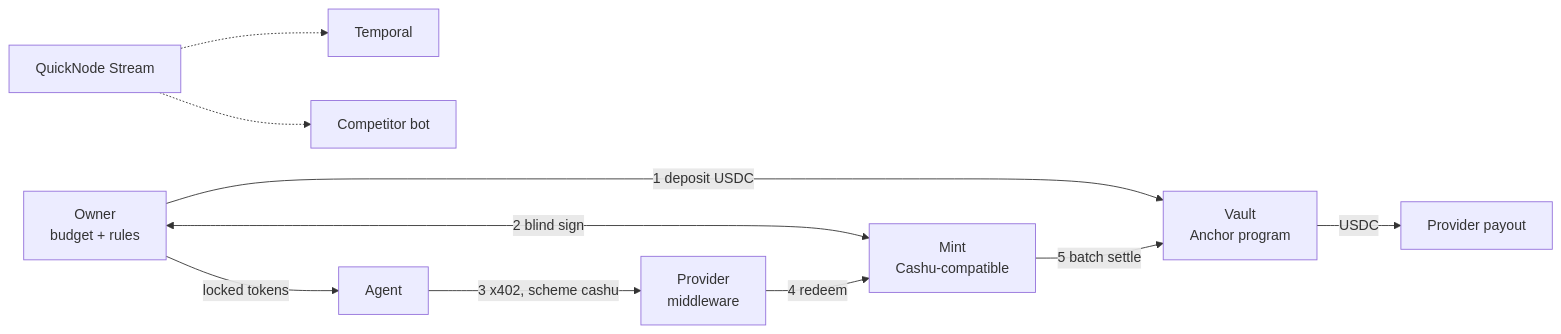
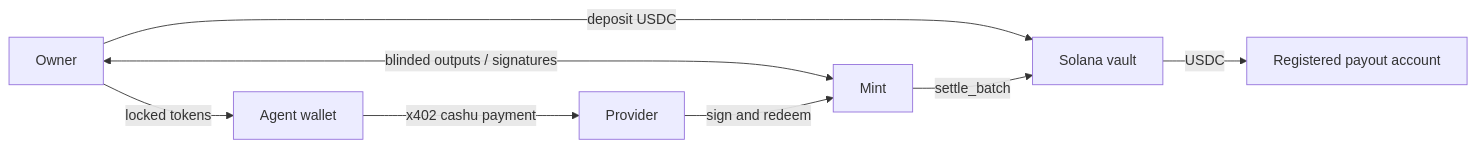
One commit to brockbenton/blindfold changed the diagram in docs/design.md. Above: the diagram before and after it, drawn with Mermaid. The commit also changed other lines of this file and 23 other files, not shown here.

````diff
--- a/docs/design.md
+++ b/docs/design.md
@@ -7,12 +7,10 @@
 ```mermaid
 flowchart LR
-    Owner["Owner<br/>budget + rules"] -->|1 deposit USDC| Vault["Vault<br/>Anchor program"]
-    Owner <-->|2 blind sign| Mint["Mint<br/>Cashu-compatible"]
-    Owner -->|locked tokens| Agent["Agent"]
-    Agent -->|3 x402, scheme cashu| Provider["Provider<br/>middleware"]
-    Provider -->|4 redeem| Mint
-    Mint -->|5 batch settle| Vault
-    Vault -->|USDC| Payout["Provider payout"]
-    Stream["QuickNode Stream"] -.-> Temporal["Temporal"]
-    Stream -.-> Bot["Competitor bot"]
+    Owner[Owner] -->|deposit USDC| Vault[Solana vault]
+    Owner <-->|blinded outputs / signatures| Mint[Mint]
+    Owner -->|locked tokens| Agent[Agent wallet]
+    Agent -->|x402 cashu payment| Provider[Provider]
+    Provider -->|sign and redeem| Mint
+    Mint -->|settle_batch| Vault
+    Vault -->|USDC| Payout[Registered payout account]
 ```
````
